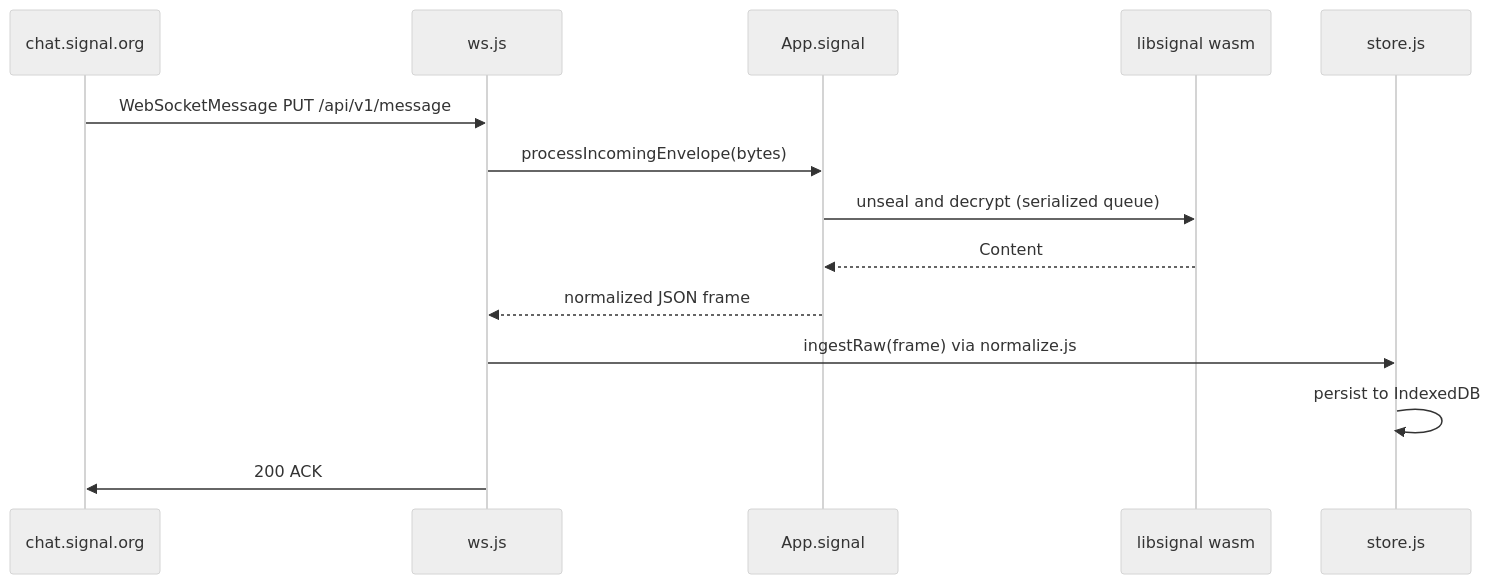
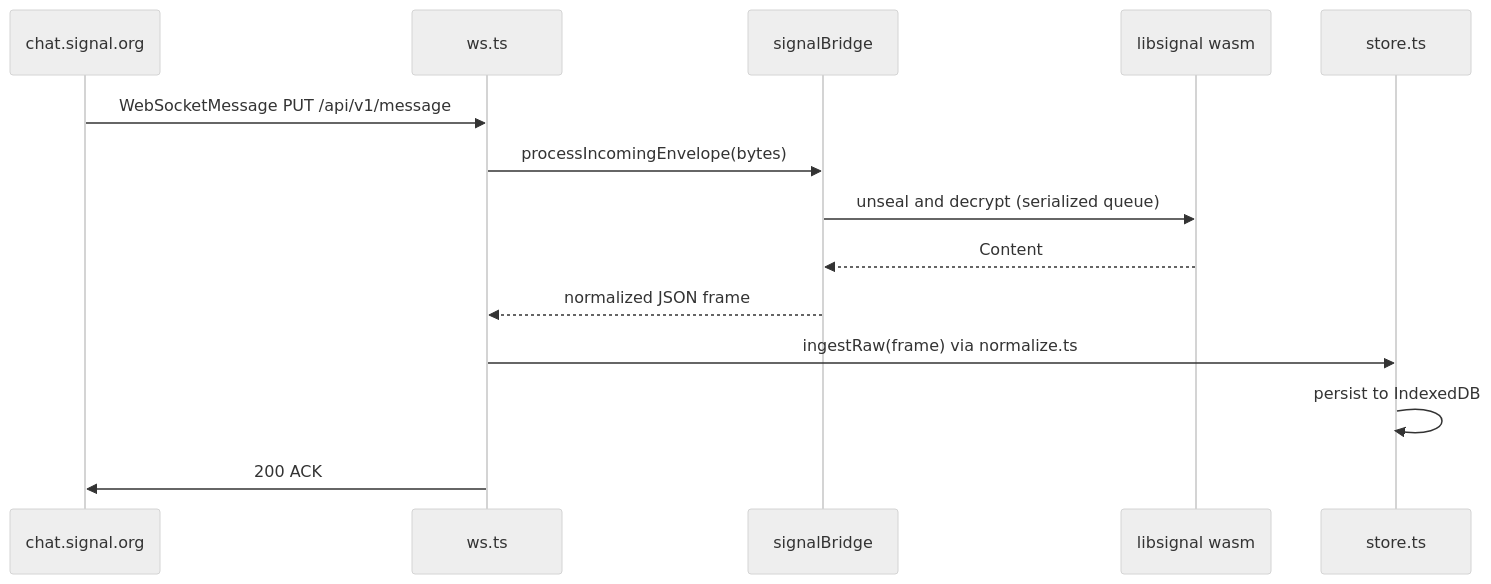
One commit to ambercaravalho/signal4kaios changed the third of 6 diagrams in docs/architecture.md. Above: the diagram before and after it, drawn with Mermaid (neutral theme). The commit also changed other lines of this file and 136 other files, not shown here.

````diff
--- a/docs/architecture.md
+++ b/docs/architecture.md
@@ -104,16 +128,16 @@
 ```mermaid
 sequenceDiagram
   participant S as chat.signal.org
-  participant WS as ws.js
-  participant E as App.signal
+  participant WS as ws.ts
+  participant E as signalBridge
   participant L as libsignal wasm
-  participant St as store.js
+  participant St as store.ts
   S->>WS: WebSocketMessage PUT /api/v1/message
   WS->>E: processIncomingEnvelope(bytes)
   E->>L: unseal and decrypt (serialized queue)
   L-->>E: Content
   E-->>WS: normalized JSON frame
-  WS->>St: ingestRaw(frame) via normalize.js
+  WS->>St: ingestRaw(frame) via normalize.ts
   St->>St: persist to IndexedDB
   WS->>S: 200 ACK
 ```
````
